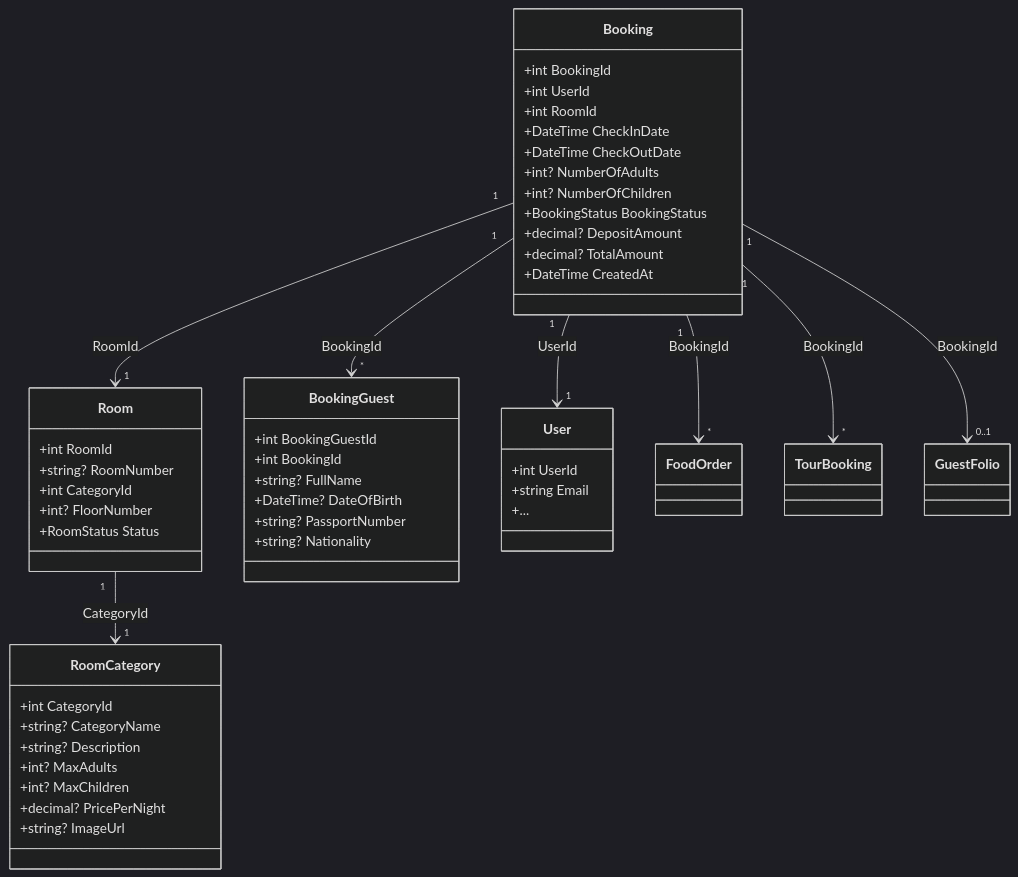
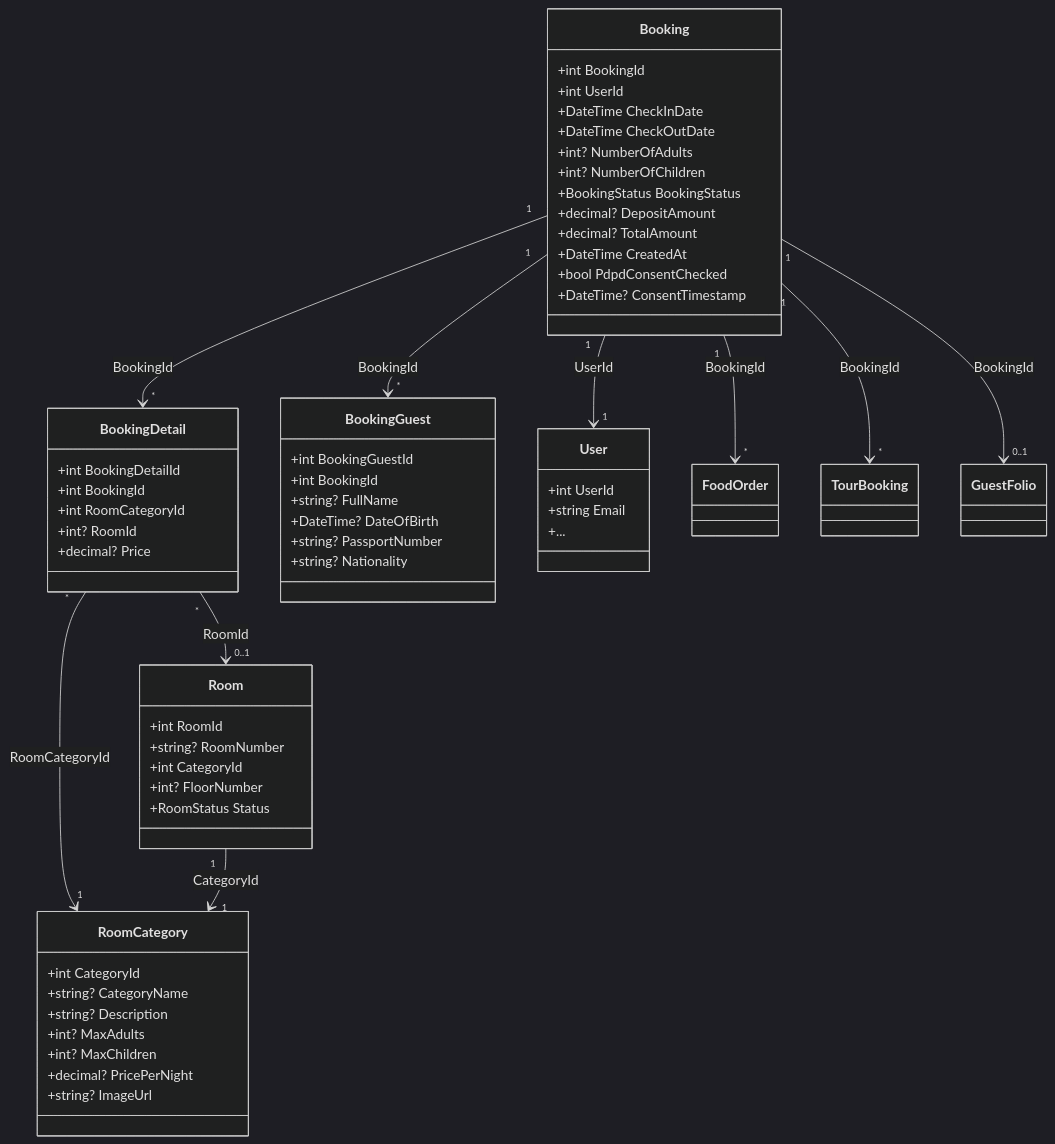
One commit to mkhanhs204/resort-management-system changed the first of 4 diagrams in 03_implement/EDS_RoomBooking.md. Above: the diagram before and after it, drawn with Mermaid (dark theme). The commit also changed other lines of this file and 40 other files, not shown here.

````diff
--- a/03_implement/EDS_RoomBooking.md
+++ b/03_implement/EDS_RoomBooking.md
@@ -180,53 +181,63 @@
 ```mermaid
 classDiagram
     class Booking {
         +int BookingId
         +int UserId
-        +int RoomId
         +DateTime CheckInDate
         +DateTime CheckOutDate
         +int? NumberOfAdults
         +int? NumberOfChildren
         +BookingStatus BookingStatus
         +decimal? DepositAmount
         +decimal? TotalAmount
         +DateTime CreatedAt
+        +bool PdpdConsentChecked
+        +DateTime? ConsentTimestamp
+    }
+    class BookingDetail {
+        +int BookingDetailId
+        +int BookingId
+        +int RoomCategoryId
+        +int? RoomId
+        +decimal? Price
     }
     class Room {
         +int RoomId
         +string? RoomNumber
         +int CategoryId
         +int? FloorNumber
         +RoomStatus Status
     }
     class RoomCategory {
         +int CategoryId
         +string? CategoryName
         +string? Description
         +int? MaxAdults
         +int? MaxChildren
         +decimal? PricePerNight
         +string? ImageUrl
     }
     class BookingGuest {
         +int BookingGuestId
         +int BookingId
         +string? FullName
         +DateTime? DateOfBirth
         +string? PassportNumber
         +string? Nationality
     }
     class User {
         +int UserId
         +string Email
         +...
     }
 
     Booking "1" --> "1" User : UserId
-    Booking "1" --> "1" Room : RoomId
+    Booking "1" --> "*" BookingDetail : BookingId
+    BookingDetail "*" --> "1" RoomCategory : RoomCategoryId
+    BookingDetail "*" --> "0..1" Room : RoomId
     Booking "1" --> "*" BookingGuest : BookingId
     Room "1" --> "1" RoomCategory : CategoryId
     Booking "1" --> "*" FoodOrder : BookingId
     Booking "1" --> "*" TourBooking : BookingId
     Booking "1" --> "0..1" GuestFolio : BookingId
 ```
````
